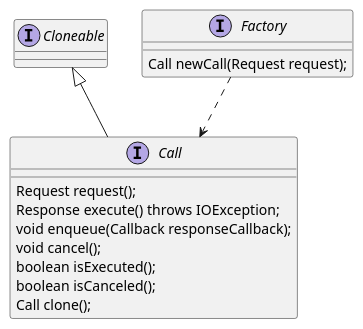
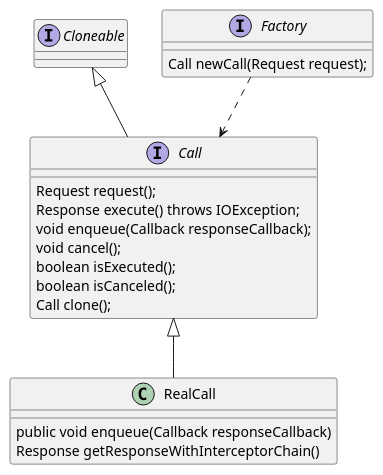
Before and after one commit to seekting/okhttpdoc: the diagram in gitbook/chapter3/uml/call.puml, drawn with PlantUML. The commit also changed 13 other files, not shown here.

```diff
--- a/gitbook/chapter3/uml/call.puml
+++ b/gitbook/chapter3/uml/call.puml
@@ -1,18 +1,26 @@
 @startuml
 
 interface Call extends Cloneable {
 Request request();
 Response execute() throws IOException;
 void enqueue(Callback responseCallback);
 void cancel();
 boolean isExecuted();
 boolean isCanceled();
 Call clone();
 
 }
 interface Factory {
     Call newCall(Request request);
 }
 
 Factory ..> Call
+
+Call <|-- RealCall
+class RealCall{
+public void enqueue(Callback responseCallback)
+Response getResponseWithInterceptorChain()
+
+
+}
 @enduml
```
